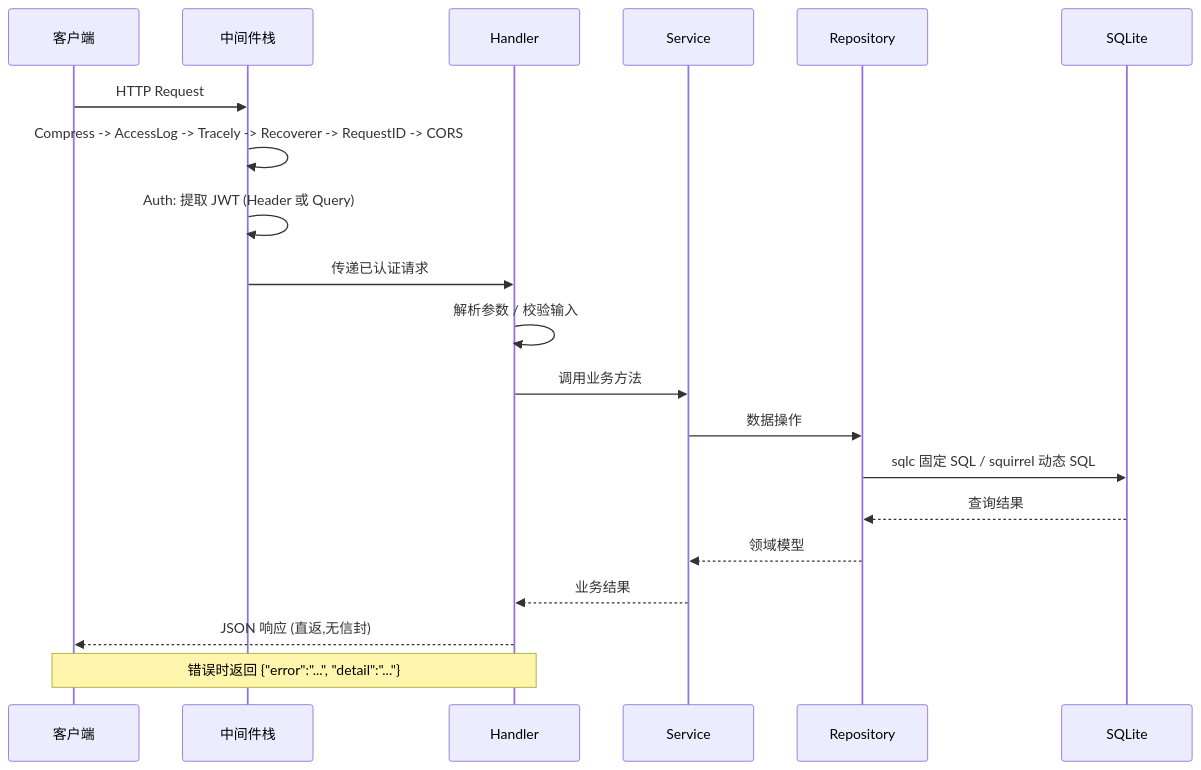
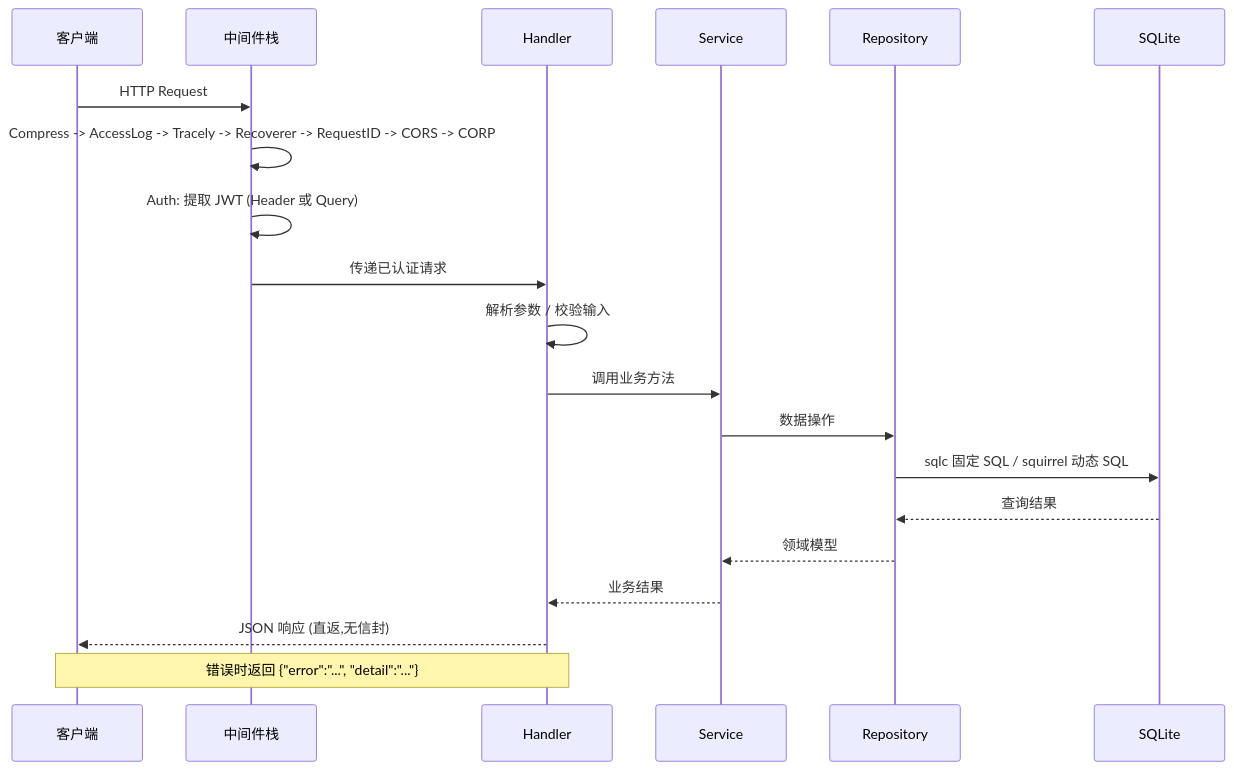
One commit to MambaOutZY/songloft-gemini changed the fourth of 8 diagrams in docs/repowiki/系统架构设计.md. Above: the diagram before and after it, drawn with Mermaid. The commit also changed other lines of this file and 29 other files, not shown here.

````diff
--- a/docs/repowiki/系统架构设计.md
+++ b/docs/repowiki/系统架构设计.md
@@ -289,26 +300,26 @@
 ```mermaid
 sequenceDiagram
     participant Client as 客户端
     participant MW as 中间件栈
     participant Handler as Handler
     participant Service as Service
     participant Repo as Repository
     participant DB as SQLite
 
     Client->>MW: HTTP Request
-    MW->>MW: Compress -> AccessLog -> Tracely -> Recoverer -> RequestID -> CORS
+    MW->>MW: Compress -> AccessLog -> Tracely -> Recoverer -> RequestID -> CORS -> CORP
     MW->>MW: Auth: 提取 JWT (Header 或 Query)
     MW->>Handler: 传递已认证请求
 
     Handler->>Handler: 解析参数 / 校验输入
     Handler->>Service: 调用业务方法
     Service->>Repo: 数据操作
     Repo->>DB: sqlc 固定 SQL / squirrel 动态 SQL
 
     DB-->>Repo: 查询结果
     Repo-->>Service: 领域模型
     Service-->>Handler: 业务结果
     Handler-->>Client: JSON 响应 (直返,无信封)
 
     Note over Handler,Client: 错误时返回 {"error":"...", "detail":"..."}
 ```
````
